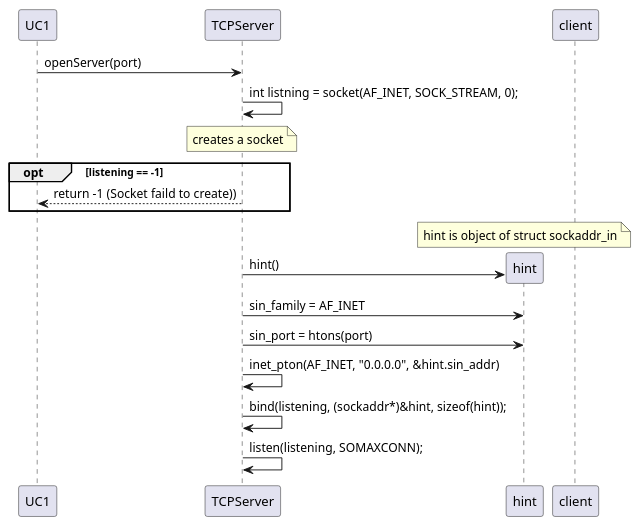
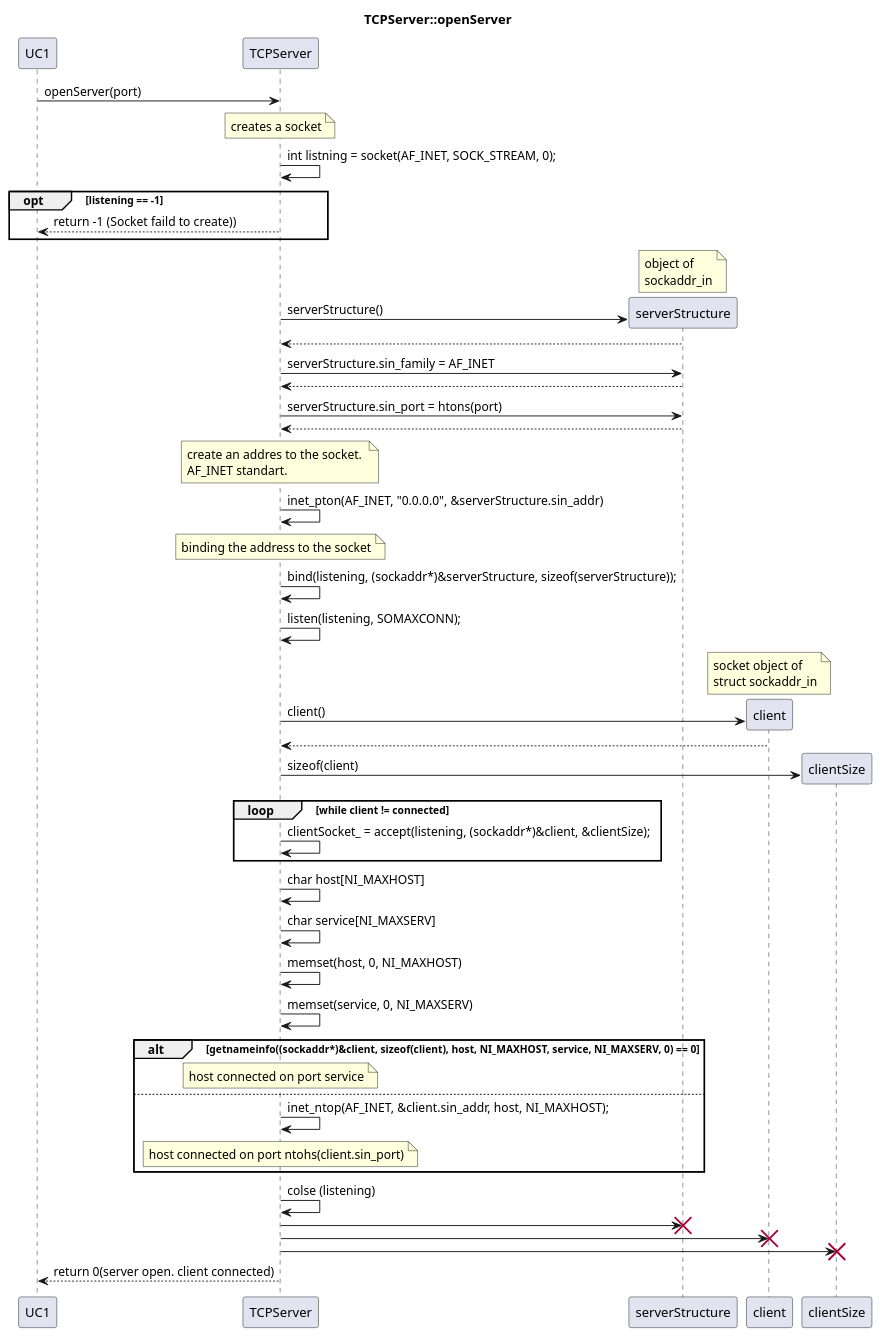
Before and after one commit to Solvgraa-mager/E3PRJ3: the diagram in Diagrammer/Robo_Sumo_Battle/Communication/Sekvensdiagrammer/TCP/TCPServer/TCPServer_openServer.plantuml, drawn with PlantUML. The commit also changed 24 other files, not shown here.

```diff
--- a/Diagrammer/Robo_Sumo_Battle/Communication/Sekvensdiagrammer/TCP/TCPServer/TCPServer_openServer.plantuml
+++ b/Diagrammer/Robo_Sumo_Battle/Communication/Sekvensdiagrammer/TCP/TCPServer/TCPServer_openServer.plantuml
@@ -1,22 +1,48 @@
 @startuml
+title TCPServer::openServer
 participant UC1
 participant TCPServer
-participant hint
+participant serverStructure
 participant client
 
 UC1 -> TCPServer : openServer(port)
+note over TCPServer : creates a socket 
 TCPServer -> TCPServer : int listning = socket(AF_INET, SOCK_STREAM, 0);
-note over TCPServer : creates a socket 
 opt  listening == -1
     UC1 <-- TCPServer : return -1 (Socket faild to create))
 end
-note over hint : hint is object of struct sockaddr_in 
-TCPServer -> hint ** : hint()
-TCPServer -> hint : sin_family = AF_INET
-TCPServer -> hint : sin_port = htons(port)
-TCPServer -> TCPServer : inet_pton(AF_INET, "0.0.0.0", &hint.sin_addr)
-TCPServer -> TCPServer : bind(listening, (sockaddr*)&hint, sizeof(hint));
+note over serverStructure : object of\nsockaddr_in 
+TCPServer -> serverStructure ** : serverStructure()
+TCPServer <-- serverStructure
+TCPServer -> serverStructure : serverStructure.sin_family = AF_INET
+TCPServer <-- serverStructure
+TCPServer -> serverStructure : serverStructure.sin_port = htons(port)
+TCPServer <-- serverStructure
+note over TCPServer : create an addres to the socket. \nAF_INET standart.
+TCPServer -> TCPServer : inet_pton(AF_INET, "0.0.0.0", &serverStructure.sin_addr)
+note over TCPServer : binding the address to the socket
+TCPServer -> TCPServer : bind(listening, (sockaddr*)&serverStructure, sizeof(serverStructure));
 TCPServer -> TCPServer : listen(listening, SOMAXCONN);
-
-
+note over client : socket object of\nstruct sockaddr_in 
+TCPServer -> client ** : client()
+TCPServer <-- client
+TCPServer -> clientSize ** : sizeof(client)
+loop while client != connected
+    TCPServer -> TCPServer : clientSocket_ = accept(listening, (sockaddr*)&client, &clientSize);
+end
+TCPServer -> TCPServer : char host[NI_MAXHOST]
+TCPServer -> TCPServer : char service[NI_MAXSERV]
+TCPServer -> TCPServer : memset(host, 0, NI_MAXHOST)
+TCPServer -> TCPServer : memset(service, 0, NI_MAXSERV)
+alt getnameinfo((sockaddr*)&client, sizeof(client), host, NI_MAXHOST, service, NI_MAXSERV, 0) == 0
+    note over TCPServer : host connected on port service
+else
+    TCPServer -> TCPServer :  inet_ntop(AF_INET, &client.sin_addr, host, NI_MAXHOST);
+    note over TCPServer : host connected on port ntohs(client.sin_port) 
+end
+TCPServer -> TCPServer : colse (listening)
+TCPServer -> serverStructure !! 
+TCPServer -> client !! 
+TCPServer -> clientSize !!
+UC1 <-- TCPServer : return 0(server open. client connected)
 @enduml
```
